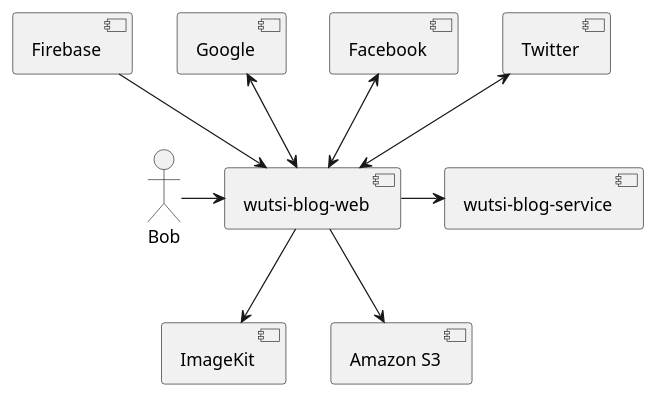
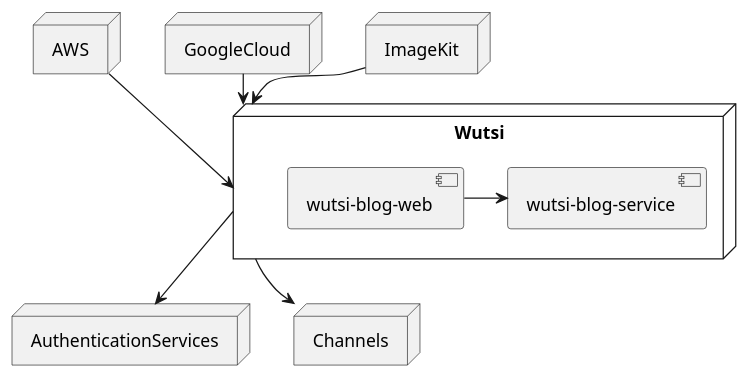
Before and after one commit to wutsi/wutsi.github.io: the diagram in architecture/README.md, drawn with PlantUML. The commit also changed other lines of this file, not shown here.

````diff
--- a/architecture/README.md
+++ b/architecture/README.md
@@ -5,17 +5,25 @@
 ```plantuml
 @startuml
 
-Actor Bob
+node Wutsi {
+    [wutsi-blog-web] 
+    [wutsi-blog-service]
+}
 
-[Firebase] --> [wutsi-blog-web] 
-[Google] <--> [wutsi-blog-web]
-[Facebook] <--> [wutsi-blog-web]
-[Twitter] <--> [wutsi-blog-web]
+node AWS
+node AuthenticationServices
+node GoogleCloud
+node ImageKit
+node Channels
 
-Bob -> [wutsi-blog-web]
+
+GoogleCloud --> Wutsi 
+AWS --> Wutsi
+Wutsi --> AuthenticationServices
+Wutsi --> Channels
+ImageKit --> Wutsi
+
 [wutsi-blog-web] -> [wutsi-blog-service]
-[wutsi-blog-web] --> [ImageKit]
-[wutsi-blog-web] --> [Amazon S3]
 
 @enduml
 ```
````
